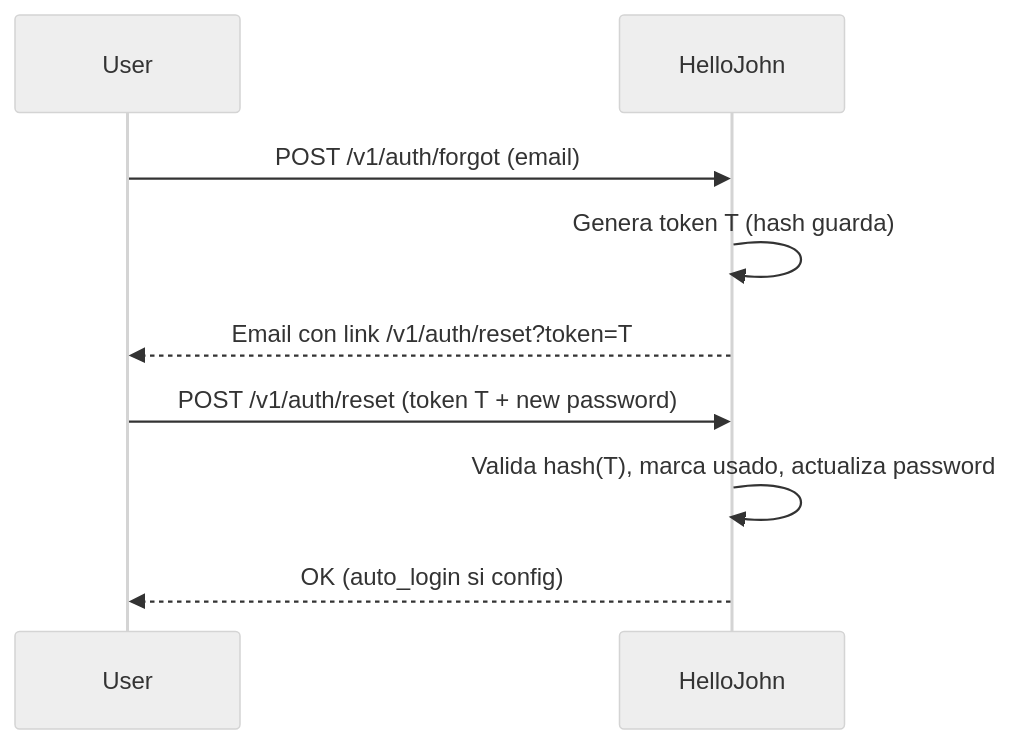
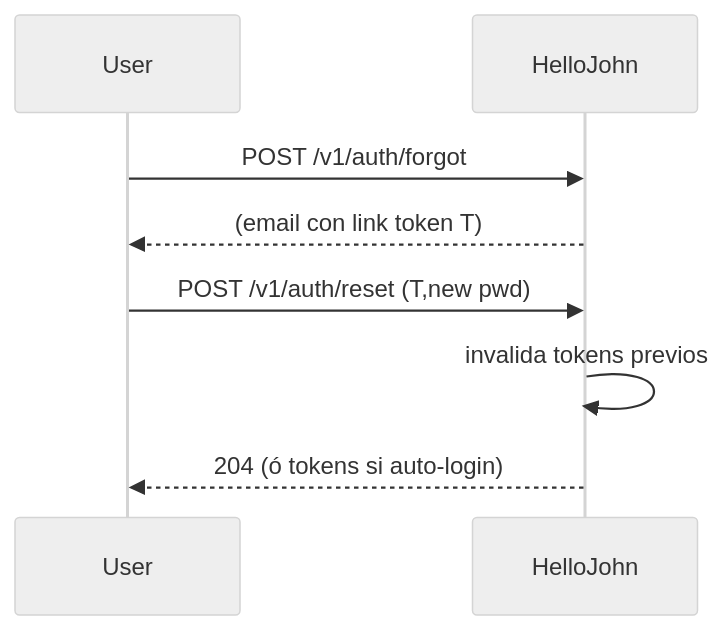
One commit to dropDatabas3/hellojohn changed the fourth of 6 diagrams in README.md. Above: the diagram before and after it, drawn with Mermaid (neutral theme). The commit also changed other lines of this file and 32 other files, not shown here.

Commit message:
Implement rate limiting for login and password recovery endpoints, add email masking utility, and enhance database migrations for foreign key constraints. Update end-to-end tests for new features and key rotation validation.

````diff
--- a/README.md
+++ b/README.md
@@ -133,11 +170,10 @@
 ```mermaid
 sequenceDiagram
-  participant U as User
-  participant S as HelloJohn
-  U->>S: POST /v1/auth/forgot (email)
-  S->>S: Genera token T (hash guarda)
-  S-->>U: Email con link /v1/auth/reset?token=T
-  U->>S: POST /v1/auth/reset (token T + new password)
-  S->>S: Valida hash(T), marca usado, actualiza password
-  S-->>U: OK (auto_login si config)
+participant U as User
+participant S as HelloJohn
+U->>S: POST /v1/auth/forgot
+S-->>U: (email con link token T)
+U->>S: POST /v1/auth/reset (T,new pwd)
+S->>S: invalida tokens previos
+S-->>U: 204 (ó tokens si auto-login)
 ```
````
